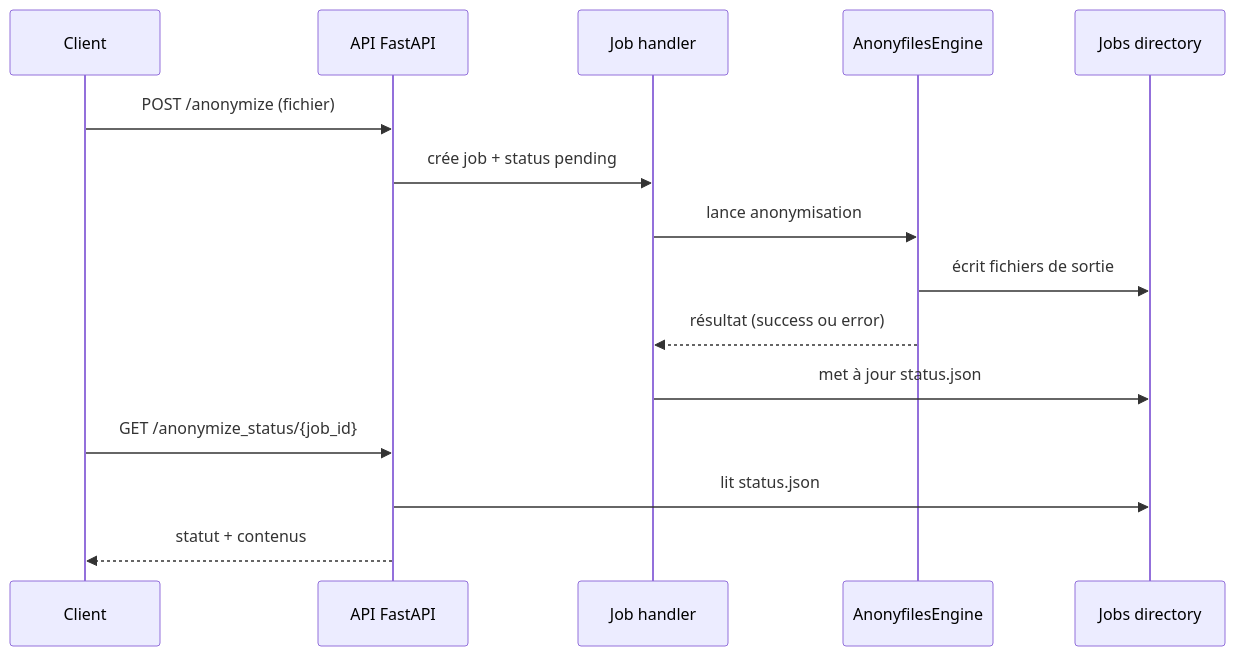
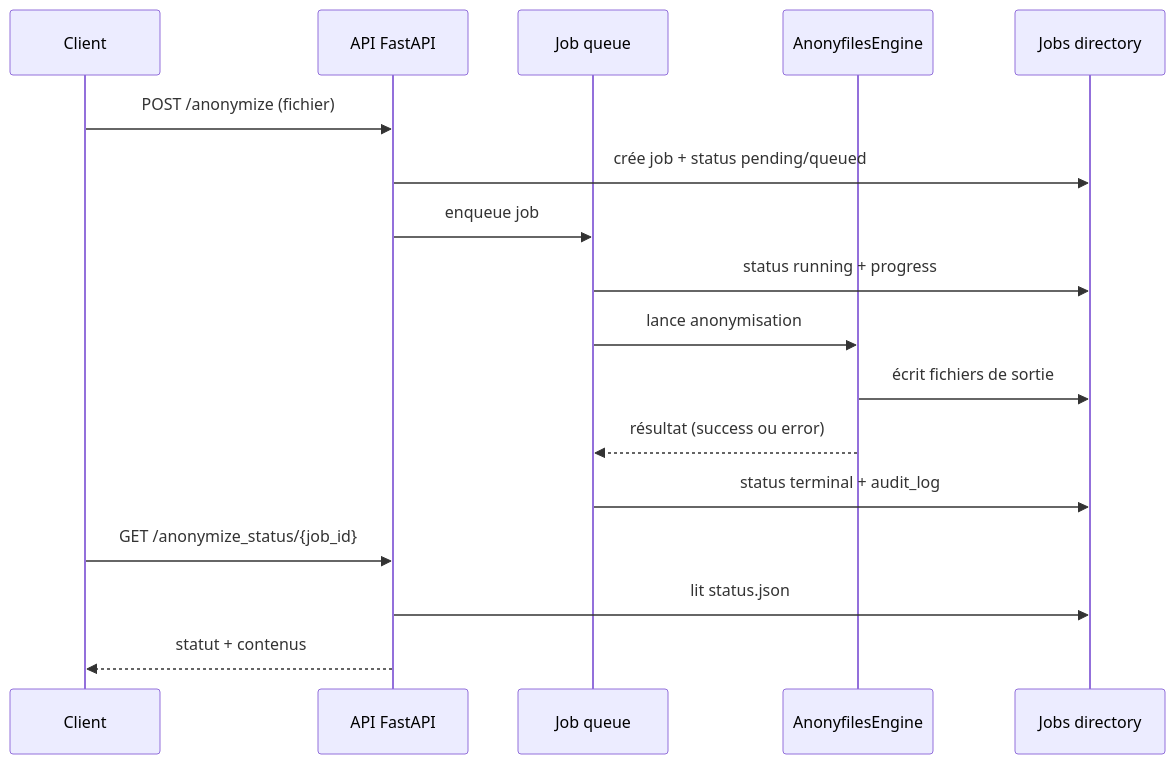
One commit to simongrossi/anonyfiles changed the first of 2 diagrams in README.md. Above: the diagram before and after it, drawn with Mermaid. The commit also changed other lines of this file and 14 other files, not shown here.

First line of the commit message:
Implement robust API job queue

````diff
--- a/README.md
+++ b/README.md
@@ -82,18 +83,20 @@
 ```mermaid
 sequenceDiagram
     participant C as Client
     participant A as API FastAPI
-    participant J as Job handler
+    participant J as Job queue
     participant E as AnonyfilesEngine
     participant F as Jobs directory
 
     C->>A: POST /anonymize (fichier)
-    A->>J: crée job + status pending
+    A->>F: crée job + status pending/queued
+    A->>J: enqueue job
+    J->>F: status running + progress
     J->>E: lance anonymisation
     E->>F: écrit fichiers de sortie
     E-->>J: résultat (success ou error)
-    J->>F: met à jour status.json
+    J->>F: status terminal + audit_log
     C->>A: GET /anonymize_status/{job_id}
     A->>F: lit status.json
     A-->>C: statut + contenus
 ```
````
